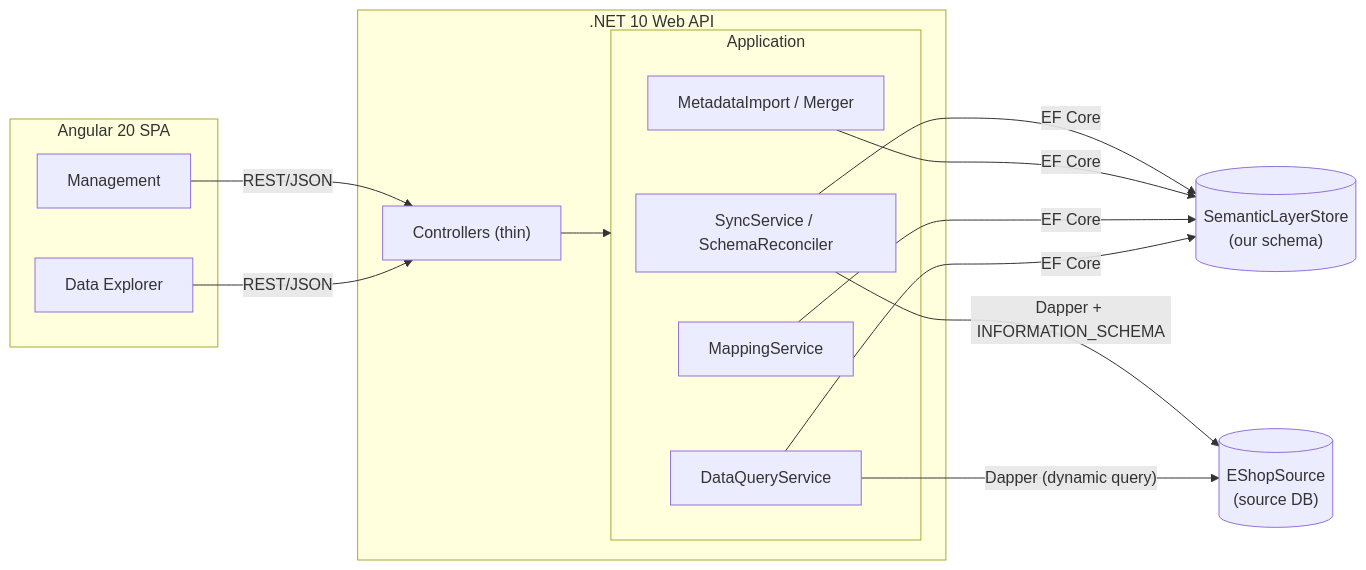
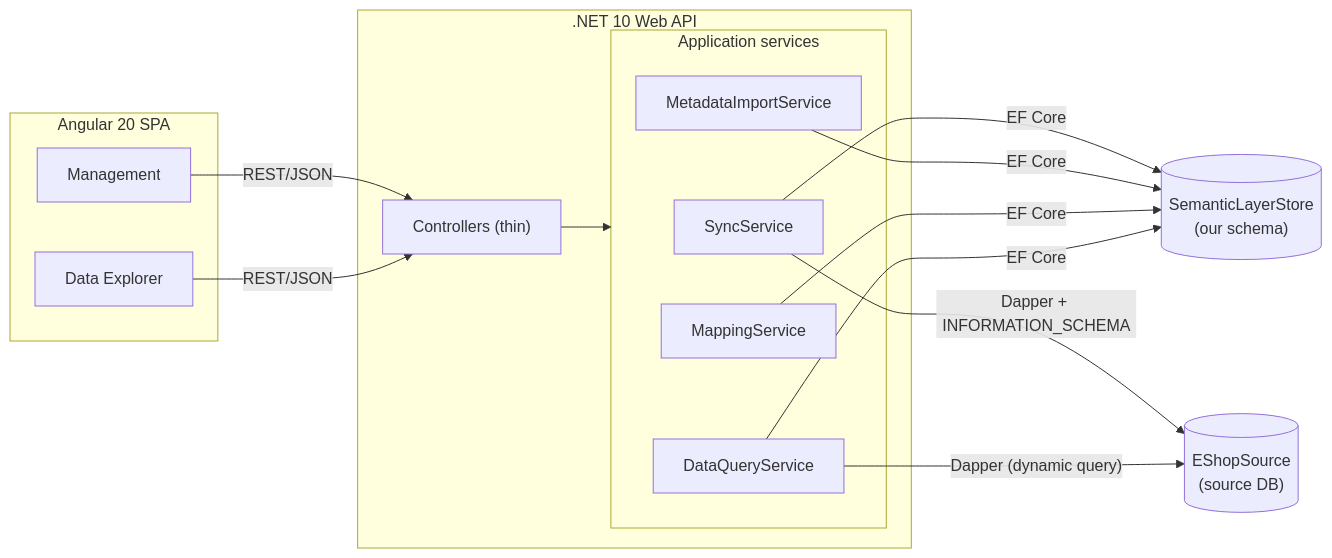
One commit to GittyRabinowitz/semantic-layer-manager changed the first of 3 diagrams in docs/DESIGN.md. Above: the diagram before and after it, drawn with Mermaid. The commit also changed other lines of this file, not shown here.

First line of the commit message:
DESIGN: consistent architecture diagram + name the pure cores

````diff
--- a/docs/DESIGN.md
+++ b/docs/DESIGN.md
@@ -17,27 +17,27 @@
 ```mermaid
 flowchart LR
   subgraph FE["Angular 20 SPA"]
     M["Management"]
     D["Data Explorer"]
   end
   subgraph API[".NET 10 Web API"]
     C["Controllers (thin)"]
-    subgraph APP["Application"]
-      SY["SyncService / SchemaReconciler"]
-      ME["MetadataImport / Merger"]
+    subgraph APP["Application services"]
+      SY["SyncService"]
+      ME["MetadataImportService"]
       MA["MappingService"]
       DQ["DataQueryService"]
     end
   end
   SS[("SemanticLayerStore<br/>(our schema)")]
   SRC[("EShopSource<br/>(source DB)")]
   M -->|REST/JSON| C
   D -->|REST/JSON| C
   C --> APP
   SY -->|EF Core| SS
   ME -->|EF Core| SS
   MA -->|EF Core| SS
   SY -->|"Dapper + INFORMATION_SCHEMA"| SRC
   DQ -->|EF Core| SS
   DQ -->|"Dapper (dynamic query)"| SRC
 ```
````
